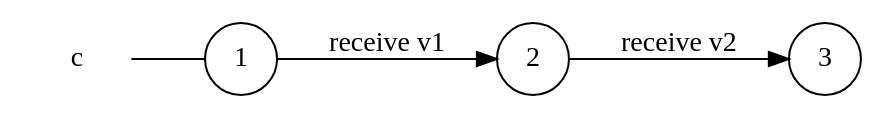
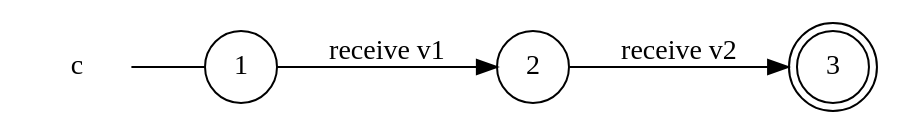
The diagram in examples/trick/c_local_view.dot (gabrielegenovese/chorer), drawn with Graphviz before and after one commit. The commit also changed 36 other files, not shown here.

```diff
--- a/examples/trick/c_local_view.dot
+++ b/examples/trick/c_local_view.dot
@@ -1,11 +1,11 @@
 digraph c {
 	rankdir="LR";
 	n_0 [label="c", shape="plaintext"];
 	n_1 [id="1", shape=circle, label="1"];
 	n_0 -> n_1 [arrowhead=none];
-	n_2 [id="2", shape=circle, label="3"];
+	n_2 [id="2", shape=doublecircle, label="3"];
 	n_3 [id="3", shape=circle, label="2"];
 
+	n_1 -> n_3 [id="[$e|1]", label="receive v1"];
 	n_3 -> n_2 [id="[$e|0]", label="receive v2"];
-	n_1 -> n_3 [id="[$e|1]", label="receive v1"];
 }
```
